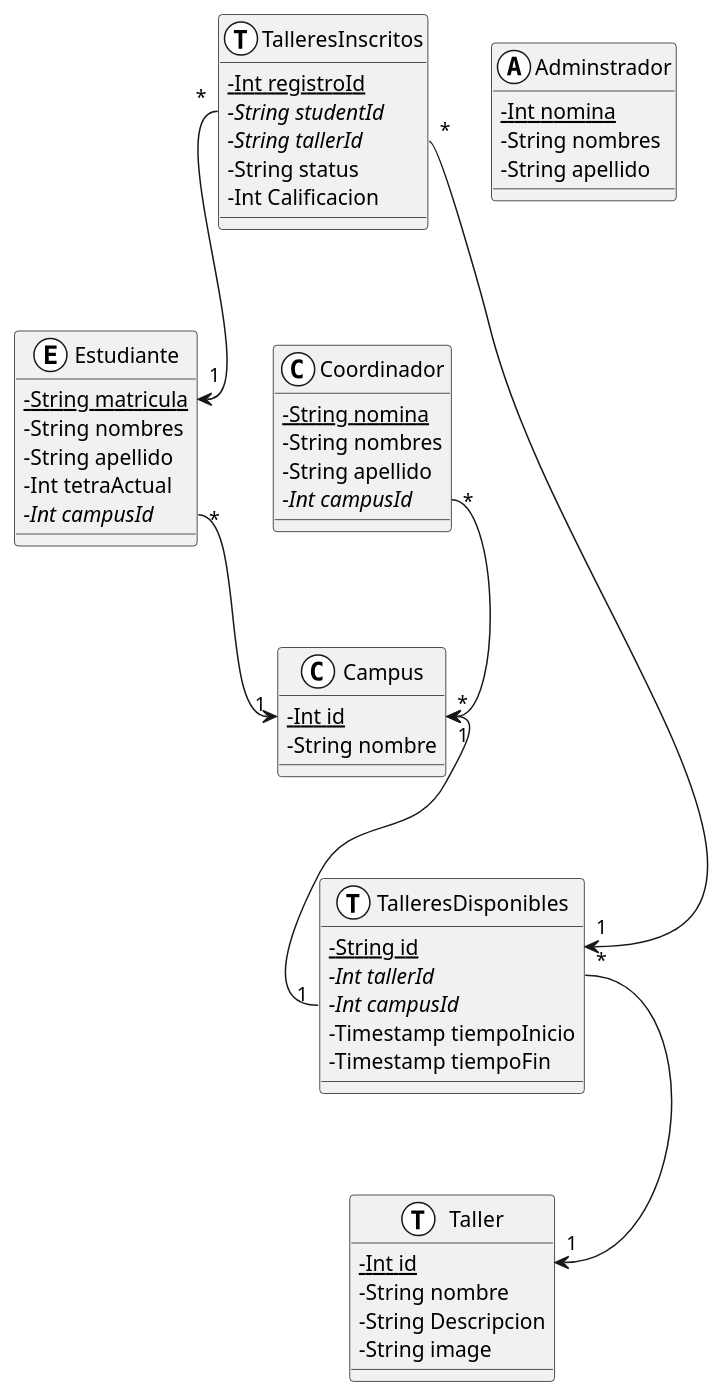
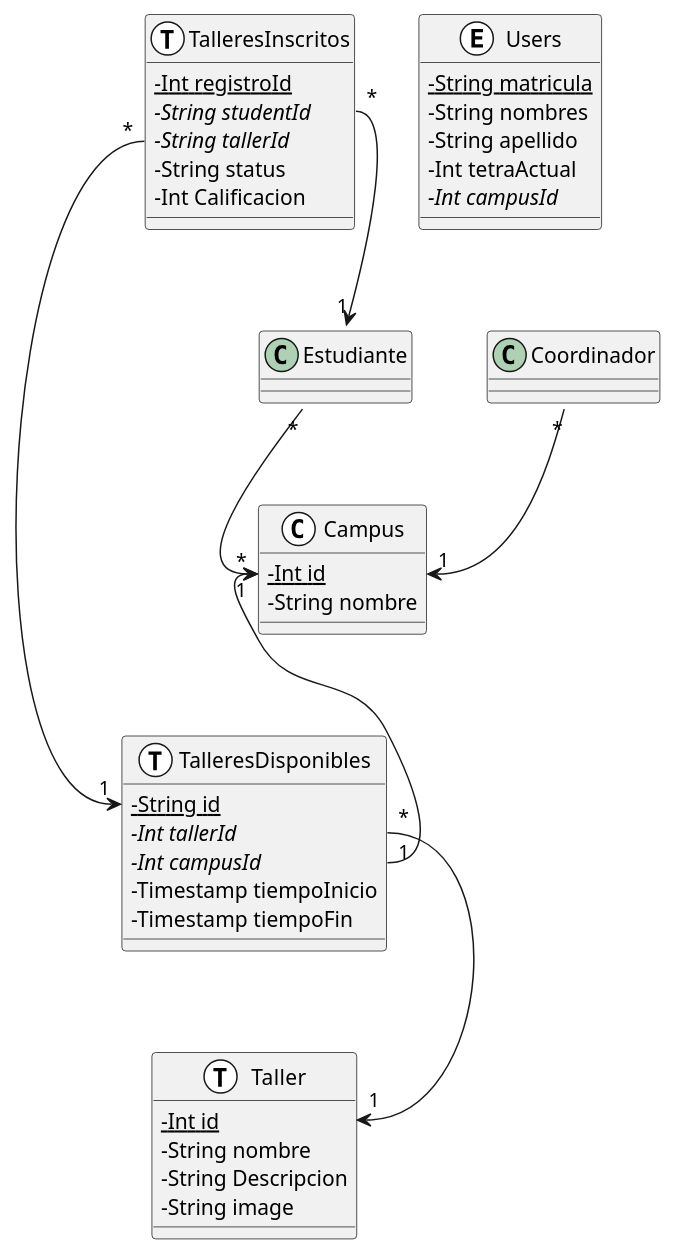
The diagram in Reto/Base de datos.md (facund015/codeRelatedObsidianNotes), drawn with PlantUML before and after one commit. The commit also changed 1 other file, not shown here.

Commit message:
vault backup: 2021-12-01 17:53:03

````diff
--- a/Reto/Base de datos.md
+++ b/Reto/Base de datos.md
@@ -2,61 +2,51 @@
 ```plantuml
 @startuml
 skinparam classAttributeIconSize 0
 
 class Campus <<(C,white)>> {
 	{static} -Int id
 	-String nombre
 }
-class Adminstrador <<(A,white)>> {
-	{static} -Int nomina
-	-String nombres
-	-String apellido
-}
-class Coordinador <<(C,white)>> {
-	{static} -String nomina
-	-String nombres
-	-String apellido
-	{abstract} -Int campusId
-}
-class Estudiante <<(E,white)>> {
+
+class Users <<(E,white)>> {
 	{static} - String matricula
 	-String nombres
 	-String apellido
 	-Int tetraActual
 	{abstract} -Int campusId
 }
 class Taller <<(T,white)>> {
     {static} -Int id 
     - String nombre
 	- String Descripcion
     - String image
 }
 class TalleresDisponibles <<(T, white)>> {
 	{static} -String id
 	{abstract} -Int tallerId
 	{abstract} -Int campusId
 	-Timestamp tiempoInicio
 	-Timestamp tiempoFin
 }
 class TalleresInscritos <<(T,white)>> {
 	{static} -Int registroId 
 	{abstract} -String studentId
 	{abstract} -String tallerId
 	-String status
 	-Int Calificacion
 }
 
 
 
 
 
 
 TalleresInscritos::studentId "*" --> "1" Estudiante::matricula
 TalleresInscritos::tallerId "*" --> "1" TalleresDisponibles::id
 TalleresDisponibles::tallerId "*" --> "1" Taller::id
 Campus::id "*" <-- "1" TalleresDisponibles::campusId
 Estudiante::campusId "*" --> "1" Campus::id
 Coordinador::campusId "*" --> "1" Campus::id 
 
 @enduml
 ```
````
